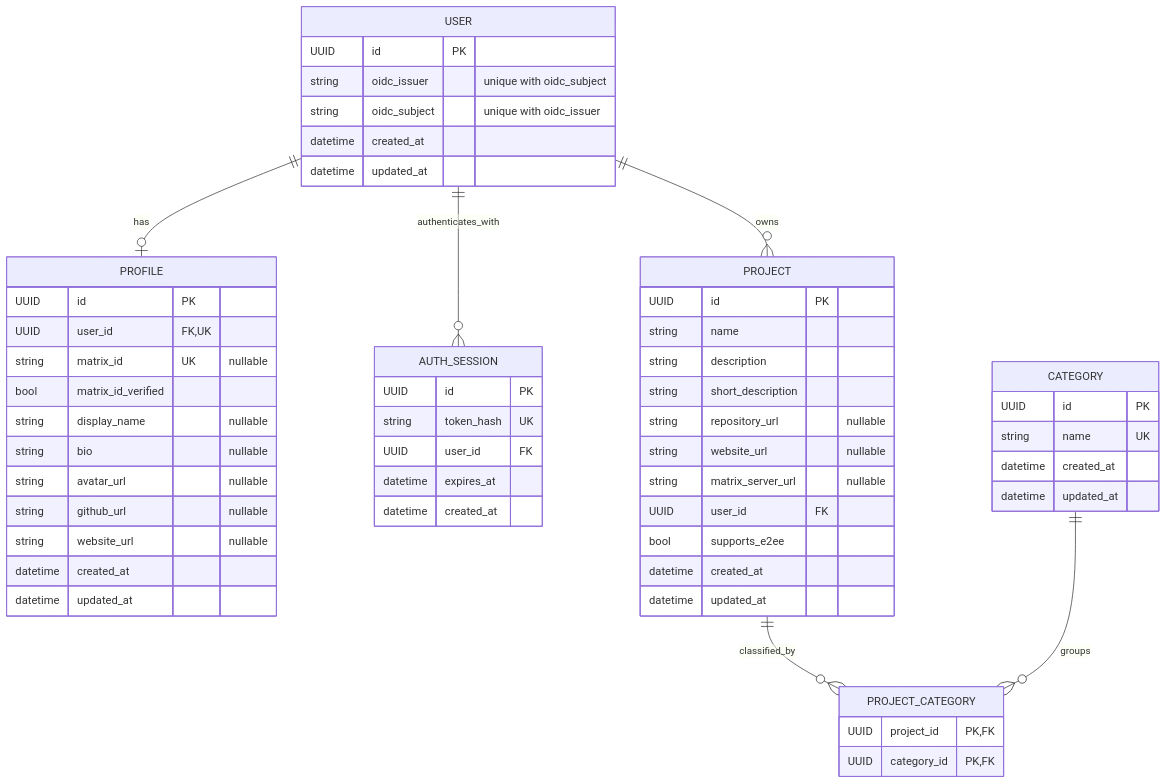
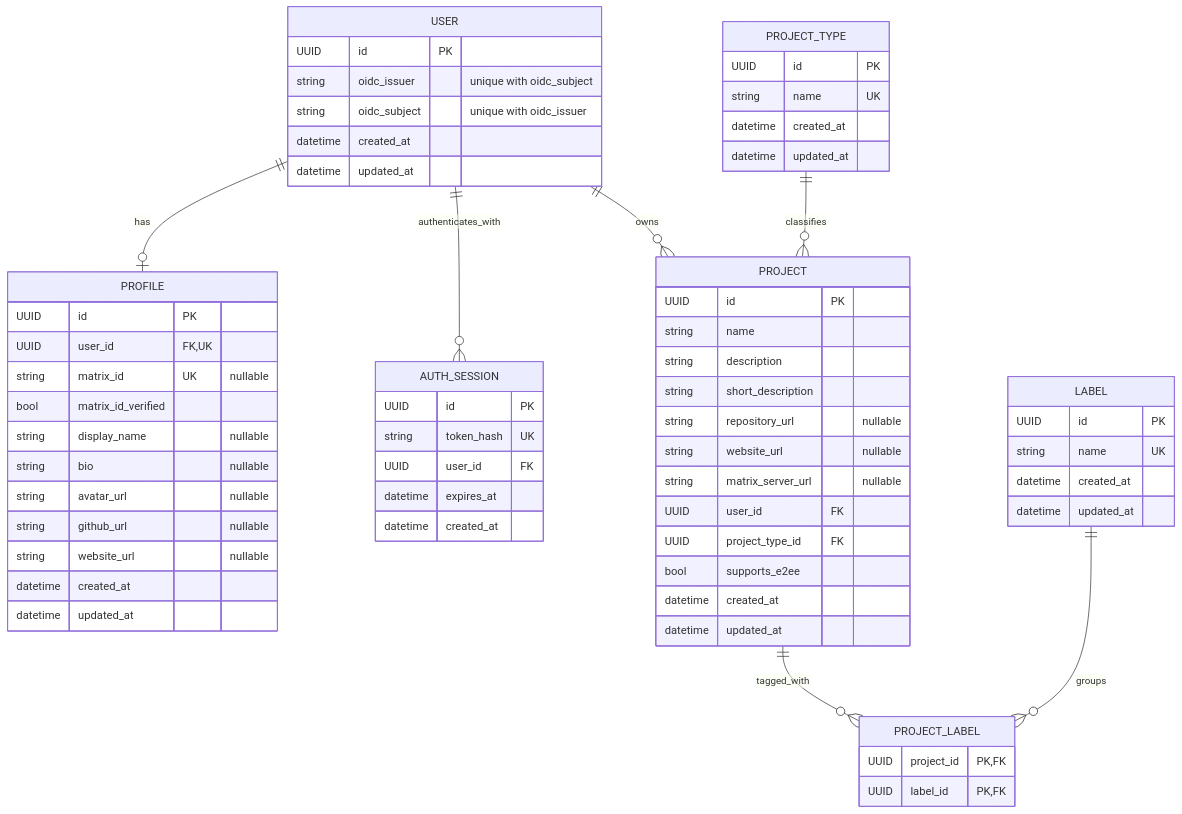
Before and after one commit to Code-Society-Lab/matrix-directory: the second of 2 diagrams in docs/docs/architecture/authentication.md, drawn with Mermaid. The commit also changed other lines of this file and 32 other files, not shown here.

````diff
--- a/docs/docs/architecture/authentication.md
+++ b/docs/docs/architecture/authentication.md
@@ -76,64 +76,73 @@
 ```mermaid
 erDiagram
     USER ||--o| PROFILE : has
     USER ||--o{ AUTH_SESSION : authenticates_with
     USER ||--o{ PROJECT : owns
-    PROJECT ||--o{ PROJECT_CATEGORY : classified_by
-    CATEGORY ||--o{ PROJECT_CATEGORY : groups
+    PROJECT_TYPE ||--o{ PROJECT : classifies
+    PROJECT ||--o{ PROJECT_LABEL : tagged_with
+    LABEL ||--o{ PROJECT_LABEL : groups
 
     USER {
         UUID id PK
         string oidc_issuer "unique with oidc_subject"
         string oidc_subject "unique with oidc_issuer"
         datetime created_at
         datetime updated_at
     }
 
     PROFILE {
         UUID id PK
         UUID user_id FK, UK
         string matrix_id UK "nullable"
         bool matrix_id_verified
         string display_name "nullable"
         string bio "nullable"
         string avatar_url "nullable"
         string github_url "nullable"
         string website_url "nullable"
         datetime created_at
         datetime updated_at
     }
 
     AUTH_SESSION {
         UUID id PK
         string token_hash UK
         UUID user_id FK
         datetime expires_at
         datetime created_at
     }
 
     PROJECT {
         UUID id PK
         string name
         string description
         string short_description
         string repository_url "nullable"
         string website_url "nullable"
         string matrix_server_url "nullable"
         UUID user_id FK
+        UUID project_type_id FK
         bool supports_e2ee
         datetime created_at
         datetime updated_at
     }
 
-    CATEGORY {
+    PROJECT_TYPE {
         UUID id PK
         string name UK
         datetime created_at
         datetime updated_at
     }
 
-    PROJECT_CATEGORY {
+    LABEL {
+        UUID id PK
+        string name UK
+        datetime created_at
+        datetime updated_at
+    }
+
+    PROJECT_LABEL {
         UUID project_id PK, FK
-        UUID category_id PK, FK
+        UUID label_id PK, FK
     }
 ```
````
